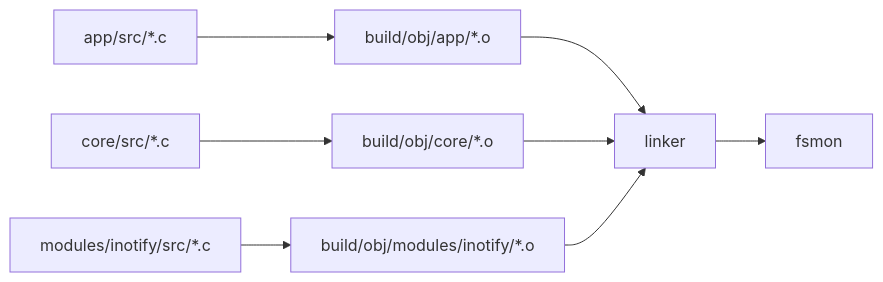
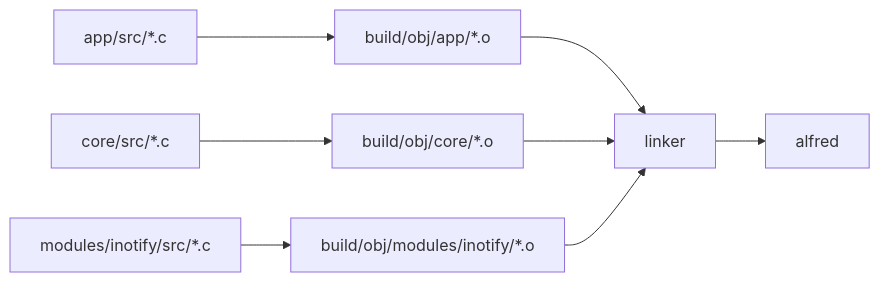
One commit to kinderp/alfred changed the diagram in docs/it/09-makefile-e-build-system.md. Above: the diagram before and after it, drawn with Mermaid. The commit also changed other lines of this file and 17 other files, not shown here.

````diff
--- a/docs/it/09-makefile-e-build-system.md
+++ b/docs/it/09-makefile-e-build-system.md
@@ -71,11 +71,11 @@
 ```mermaid
 flowchart LR
     C1[app/src/*.c] --> O1[build/obj/app/*.o]
     C2[core/src/*.c] --> O2[build/obj/core/*.o]
     C3[modules/inotify/src/*.c] --> O3[build/obj/modules/inotify/*.o]
 
     O1 --> L[linker]
     O2 --> L
     O3 --> L
-    L --> B[fsmon]
+    L --> B[alfred]
 ```
````
